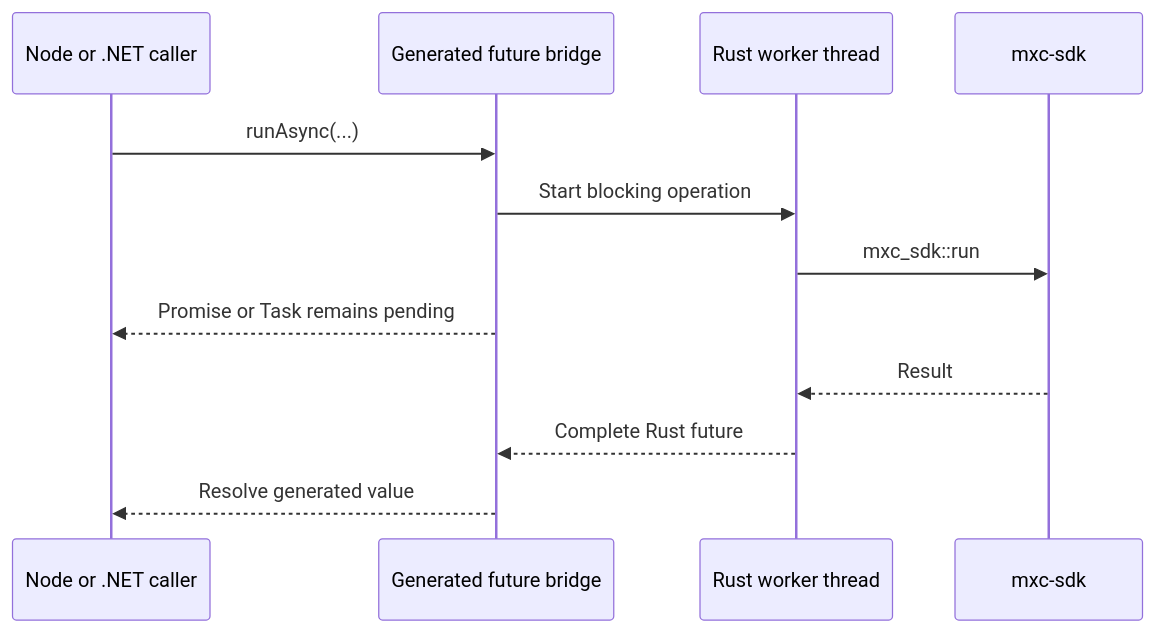
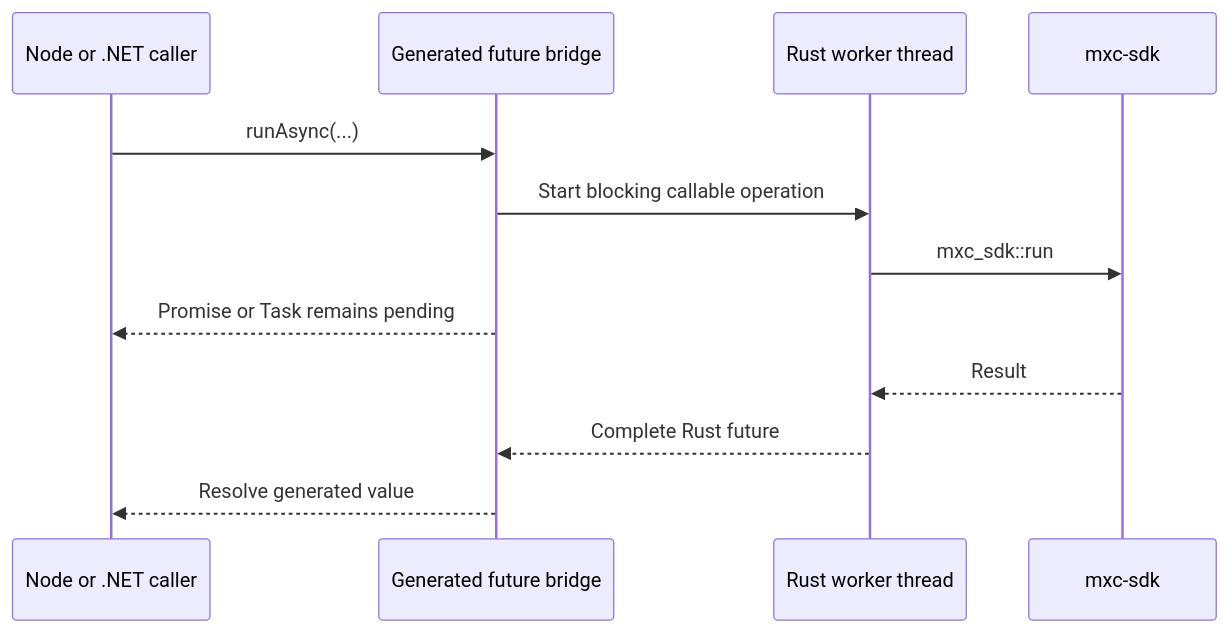
Before and after one commit to microsoft/mxc: the third of 3 diagrams in docs/designs/SDK/node-dotnet-sdk-generation.md, drawn with Mermaid. The commit also changed other lines of this file and 3 other files, not shown here.

````diff
--- a/docs/designs/SDK/node-dotnet-sdk-generation.md
+++ b/docs/designs/SDK/node-dotnet-sdk-generation.md
@@ -126,14 +144,14 @@
 ```mermaid
 sequenceDiagram
     participant A as Node or .NET caller
     participant F as Generated future bridge
     participant W as Rust worker thread
     participant S as mxc-sdk
     A->>F: runAsync(...)
-    F->>W: Start blocking operation
+    F->>W: Start blocking callable operation
     W->>S: mxc_sdk::run
     F-->>A: Promise or Task remains pending
     S-->>W: Result
     W-->>F: Complete Rust future
     F-->>A: Resolve generated value
 ```
````
